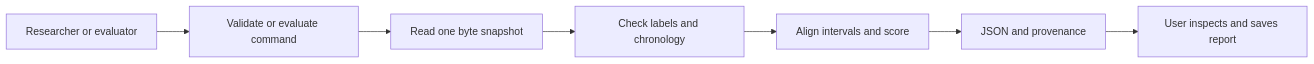
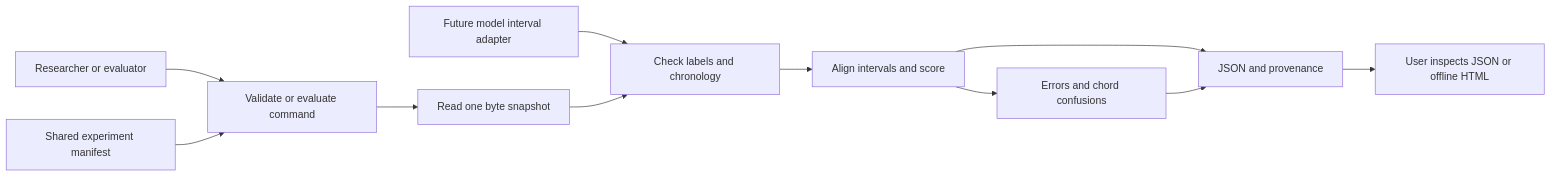
The diagram in docs/design.md (Dogisday01/chord-evaluation-toolkit), drawn with Mermaid before and after one commit. The commit also changed other lines of this file and 4 other files, not shown here.

````diff
--- a/docs/design.md
+++ b/docs/design.md
@@ -5,9 +5,13 @@
 ```mermaid
 flowchart LR
     User[Researcher or evaluator] --> CLI[Validate or evaluate command]
+    Adapter[Future model interval adapter] --> Validation
+    Manifest[Shared experiment manifest] --> CLI
     CLI --> IO[Read one byte snapshot]
     IO --> Validation[Check labels and chronology]
     Validation --> Evaluation[Align intervals and score]
     Evaluation --> Reporting[JSON and provenance]
-    Reporting --> Result[User inspects and saves report]
+    Evaluation --> Diagnostics[Errors and chord confusions]
+    Diagnostics --> Reporting
+    Reporting --> Result[User inspects JSON or offline HTML]
 ```
````
